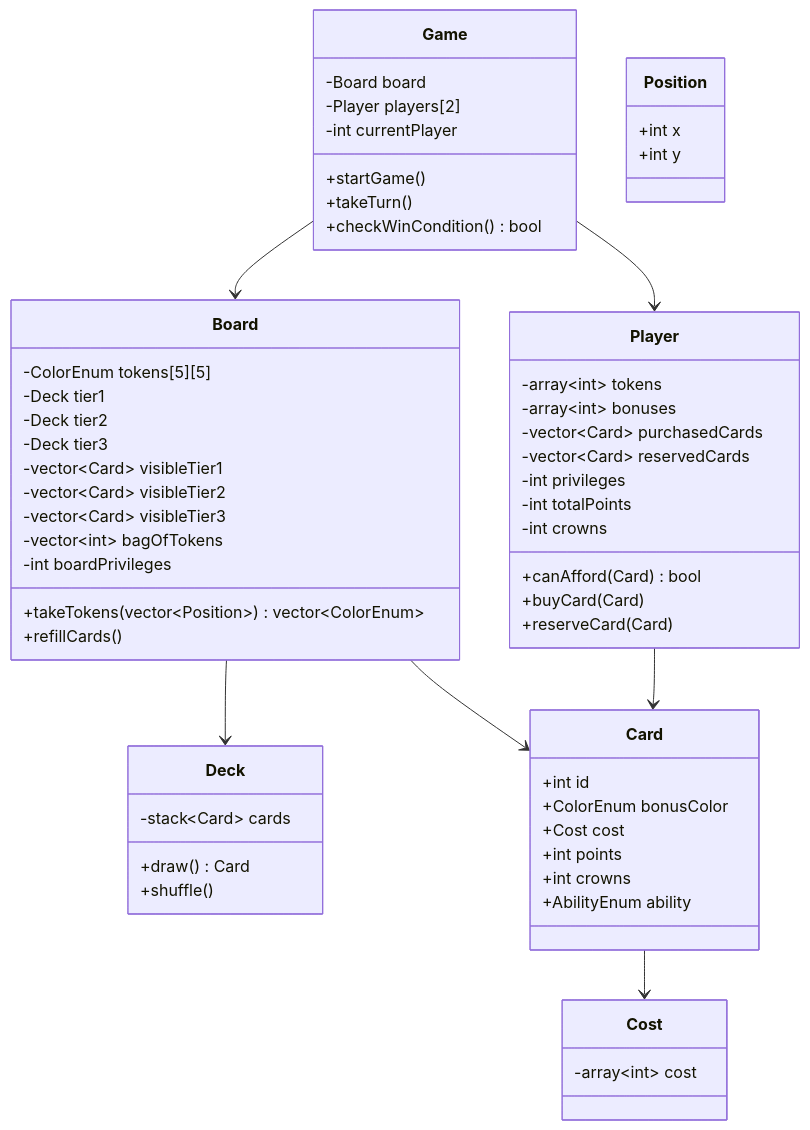
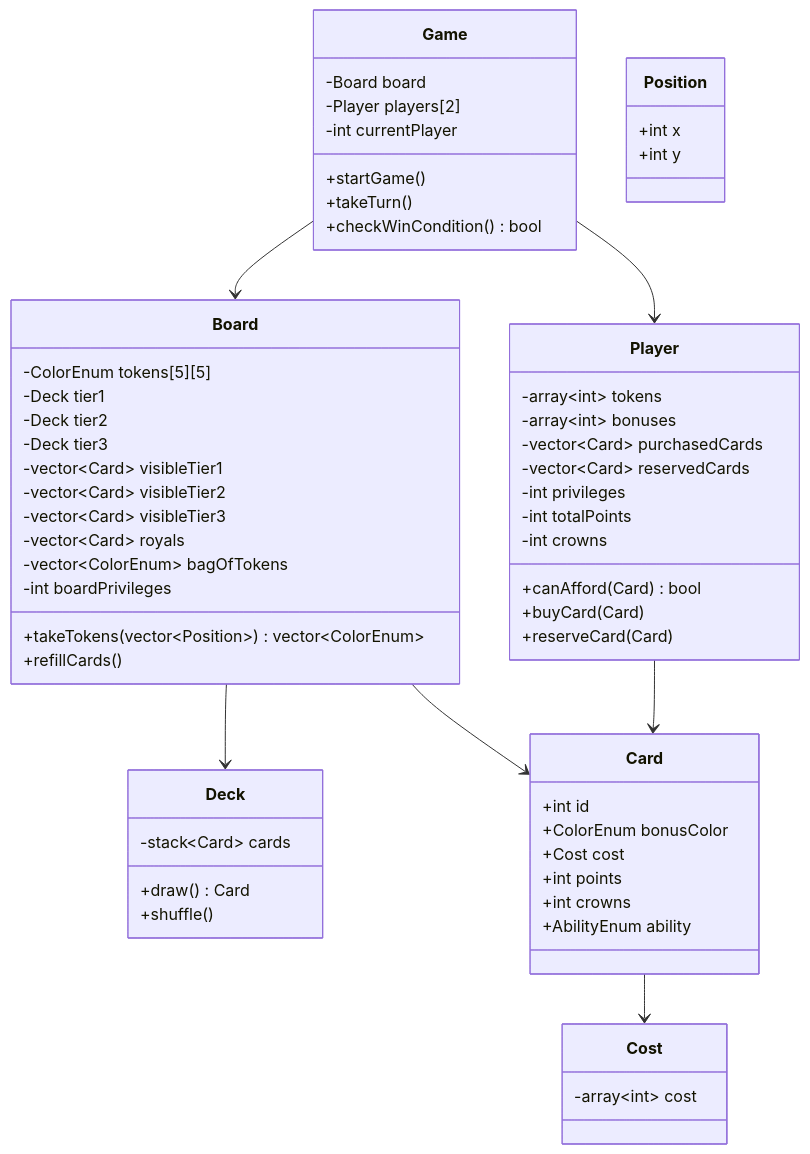
One commit to josephc8464/SplendorDuel changed the diagram in docs/ClassDiagrams/ClassDiagram.mmd. Above: the diagram before and after it, drawn with Mermaid. The commit also changed 3 other files, not shown here.

Commit message:
Updated classes to match updated class diagram

```diff
--- a/docs/ClassDiagrams/ClassDiagram.mmd
+++ b/docs/ClassDiagrams/ClassDiagram.mmd
@@ -1,68 +1,69 @@
 classDiagram
 
 class Game {
     -Board board
     -Player players[2]
     -int currentPlayer
     +startGame()
     +takeTurn()
     +checkWinCondition() bool
 }
 
 class Board {
     -ColorEnum tokens[5][5]
     -Deck tier1
     -Deck tier2
     -Deck tier3
     -vector~Card~ visibleTier1
     -vector~Card~ visibleTier2
     -vector~Card~ visibleTier3
-    -vector~int~ bagOfTokens
+    -vector~Card~ royals
+    -vector~ColorEnum~ bagOfTokens
     -int boardPrivileges
     +takeTokens(vector~Position~) vector~ColorEnum~
     +refillCards()
 }
 
 class Player {
     -array~int~ tokens
     -array~int~ bonuses
     -vector~Card~ purchasedCards
     -vector~Card~ reservedCards
     -int privileges
     -int totalPoints
     -int crowns
     +canAfford(Card) bool
     +buyCard(Card)
     +reserveCard(Card)
 }
 
 class Deck {
     -stack~Card~ cards
     +draw() Card
     +shuffle()
 }
 
 class Card {
     +int id
     +ColorEnum bonusColor
     +Cost cost
     +int points
     +int crowns
     +AbilityEnum ability
 }
 
 class Cost {
     -array~int~ cost
 }
 
 class Position {
     +int x
     +int y
 }
 
 Game --> Board
 Game --> Player
 Board --> Deck
 Board --> Card
 Player --> Card
 Card --> Cost
```
